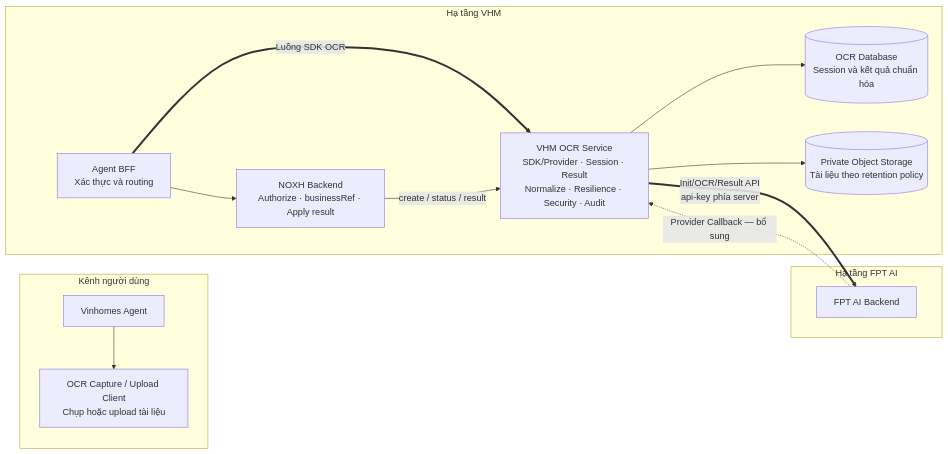
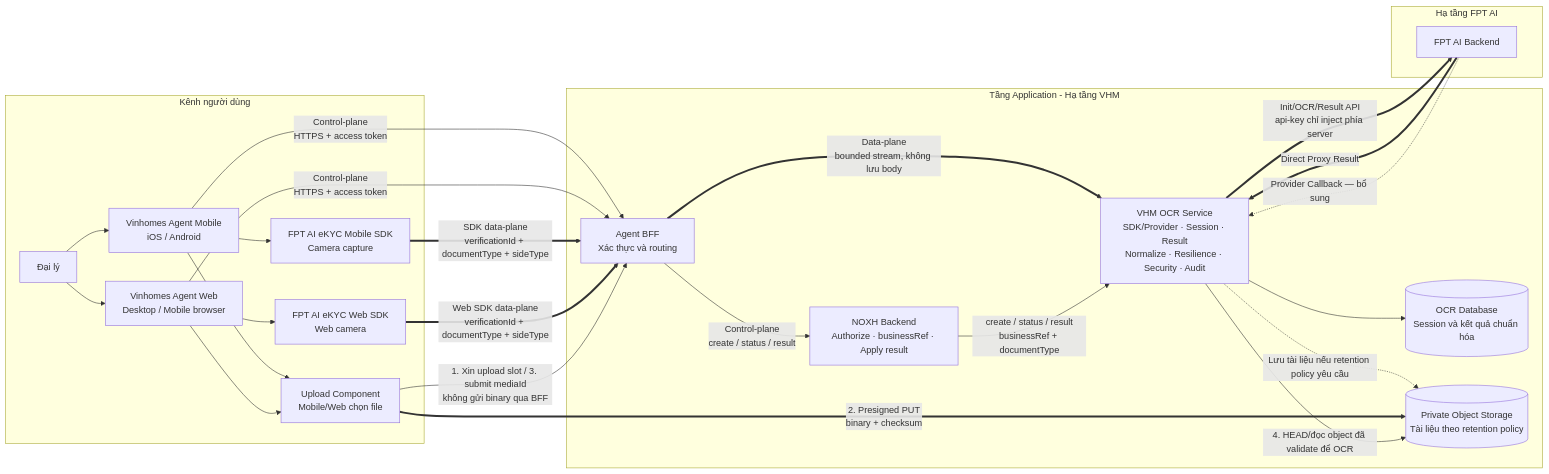
The first of 9 diagrams in noxh.md (huynv-xyz/vhm), drawn with Mermaid before and after one commit. The commit also changed other lines of this file, not shown here.

````diff
--- a/noxh.md
+++ b/noxh.md
@@ -139,30 +139,47 @@
 ```mermaid
 flowchart LR
     subgraph CLIENT["Kênh người dùng"]
-        AGENT["Vinhomes Agent"]
-        SDK["OCR Capture / Upload Client<br/>Chụp hoặc upload tài liệu"]
-        AGENT --> SDK
+        USER["Đại lý"]
+        MOBILE["Vinhomes Agent Mobile<br/>iOS / Android"]
+        WEB["Vinhomes Agent Web<br/>Desktop / Mobile browser"]
+        MOBILE_SDK["FPT AI eKYC Mobile SDK<br/>Camera capture"]
+        WEB_SDK["FPT AI eKYC Web SDK<br/>Web camera"]
+        UPLOAD["Upload Component<br/>Mobile/Web chọn file"]
+        USER --> MOBILE
+        USER --> WEB
+        MOBILE --> MOBILE_SDK
+        WEB --> WEB_SDK
+        MOBILE --> UPLOAD
+        WEB --> UPLOAD
     end
 
-    subgraph VHM["Hạ tầng VHM"]
+    subgraph APPLICATION["Tầng Application - Hạ tầng VHM"]
         BFF["Agent BFF<br/>Xác thực và routing"]
         NOXH["NOXH Backend<br/>Authorize · businessRef · Apply result"]
         PROXY["VHM OCR Service<br/>SDK/Provider · Session · Result<br/>Normalize · Resilience · Security · Audit"]
         DB[("OCR Database<br/>Session và kết quả chuẩn hóa")]
         MEDIA[("Private Object Storage<br/>Tài liệu theo retention policy")]
 
-        BFF --> NOXH
-        BFF ==>|"Luồng SDK OCR"| PROXY
-        NOXH -->|"create / status / result"| PROXY
+        BFF -->|"Control-plane<br/>create / status / result"| NOXH
+        BFF ==>|"Data-plane<br/>bounded stream, không lưu body"| PROXY
+        NOXH -->|"create / status / result<br/>businessRef + documentType"| PROXY
         PROXY --> DB
-        PROXY --> MEDIA
+        PROXY -.->|"Lưu tài liệu nếu retention policy yêu cầu"| MEDIA
     end
 
     subgraph FPT["Hạ tầng FPT AI"]
         PROVIDER["FPT AI Backend"]
     end
 
-    PROXY ==>|"Init/OCR/Result API<br/>api-key phía server"| PROVIDER
+    MOBILE -->|"Control-plane<br/>HTTPS + access token"| BFF
+    WEB -->|"Control-plane<br/>HTTPS + access token"| BFF
+    MOBILE_SDK ==>|"SDK data-plane<br/>verificationId + documentType + sideType"| BFF
+    WEB_SDK ==>|"Web SDK data-plane<br/>verificationId + documentType + sideType"| BFF
+    UPLOAD -->|"1. Xin upload slot / 3. submit mediaId<br/>không gửi binary qua BFF"| BFF
+    UPLOAD ==>|"2. Presigned PUT<br/>binary + checksum"| MEDIA
+    PROXY -->|"4. HEAD/đọc object đã validate để OCR"| MEDIA
+    PROXY ==>|"Init/OCR/Result API<br/>api-key chỉ inject phía server"| PROVIDER
+    PROVIDER ==>|"Direct Proxy Result"| PROXY
     PROVIDER -.->|"Provider Callback — bổ sung"| PROXY
 
 ```
````
